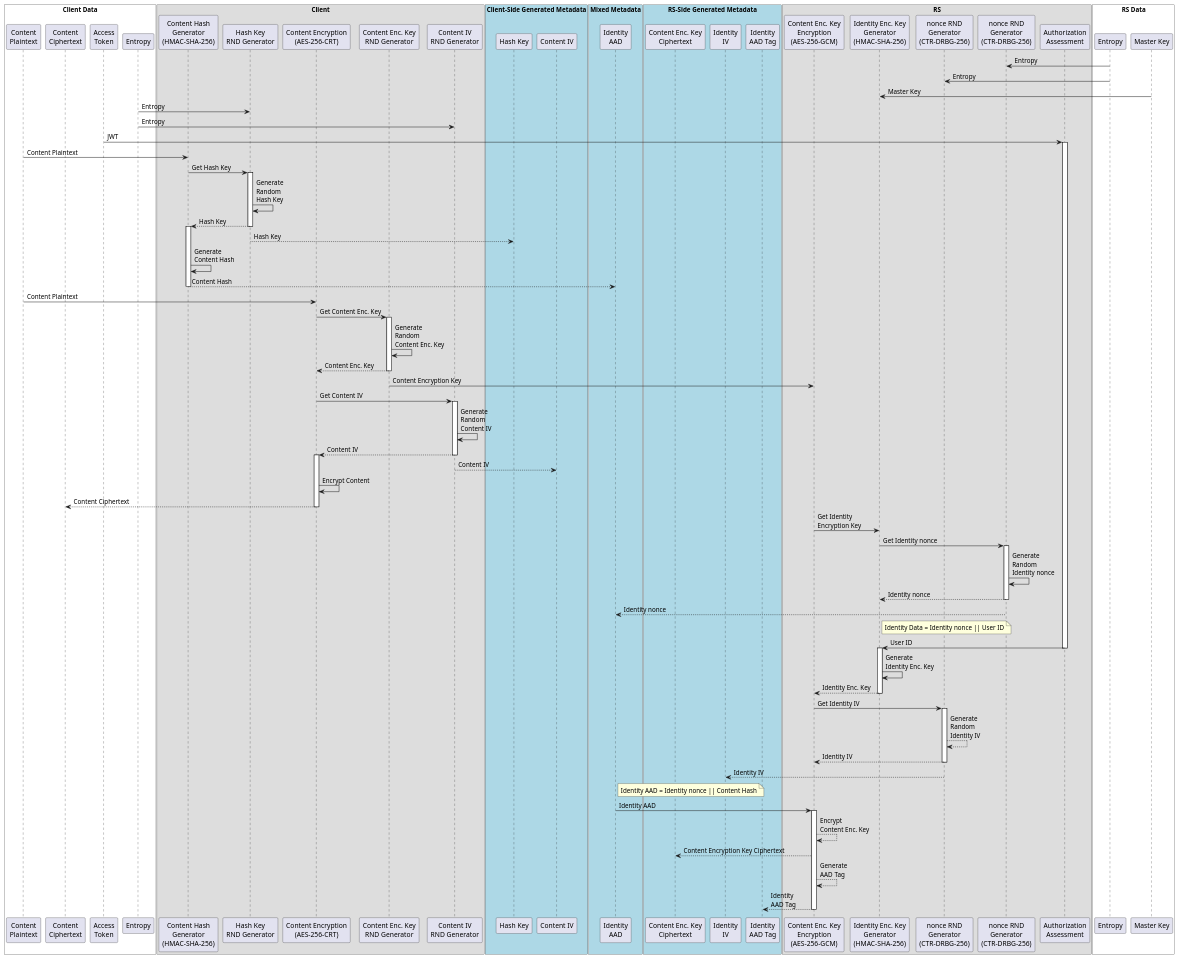
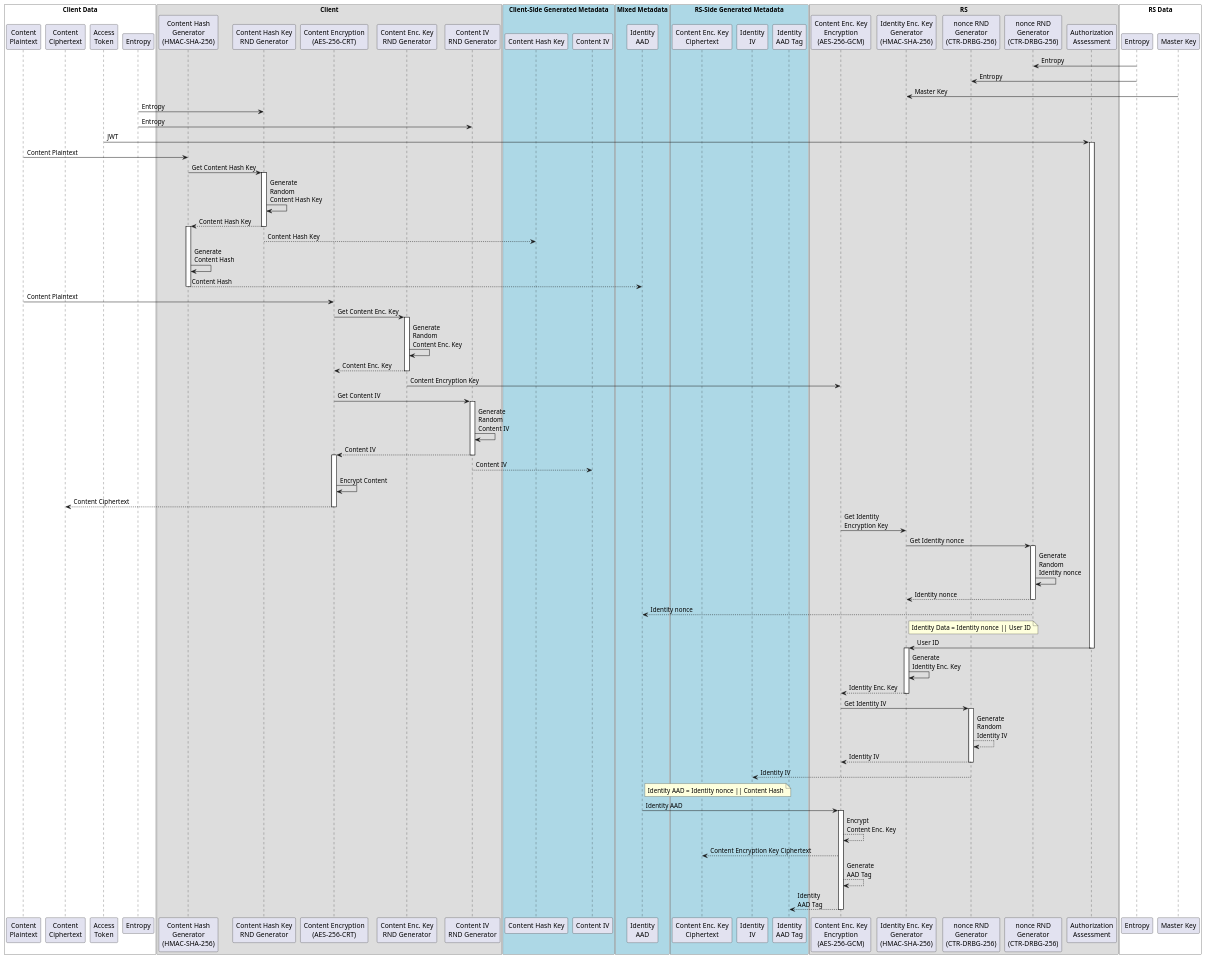
The diagram in docs/ENCRYPTION.md (umalabs/ibe), drawn with PlantUML before and after one commit.

Commit message:
correction

```diff
--- a/docs/ENCRYPTION.md
+++ b/docs/ENCRYPTION.md
@@ -10,7 +10,7 @@
 @startuml
 ' --- Client ---
 participant "Content Hash\nGenerator\n(HMAC-SHA-256)" as HashGen
-participant "Hash Key\nRND Generator" as HashKeyRND
+participant "Content Hash Key\nRND Generator" as HashKeyRND
 participant "Content Encryption\n(AES-256-CRT)" as DataEnc
 participant "Content Enc. Key\nRND Generator" as DataEncKeyRND
 participant "Content IV\nRND Generator" as DataIV_RND
@@ -24,7 +24,7 @@
 participant "Content\nCiphertext" as CipheredDataOutput
 
 ' --- Client-Side Generated Metadata ---
-participant "Hash Key" as HashKeyOutput
+participant "Content Hash Key" as HashKeyOutput
 participant "Content IV" as DataIVOutput
 
 ' --- RS ---
@@ -99,14 +99,14 @@
 
 PlainDataInput -> HashGen: Content Plaintext
 ' --- Content Hash Generation ---
-HashGen -> HashKeyRND: Get Hash Key
+HashGen -> HashKeyRND: Get Content Hash Key
 ' --- Hash Key Generation ---
 activate HashKeyRND
-HashKeyRND -> HashKeyRND: Generate\nRandom\nHash Key
-HashKeyRND --> HashGen: Hash Key
+HashKeyRND -> HashKeyRND: Generate\nRandom\nContent Hash Key
+HashKeyRND --> HashGen: Content Hash Key
 deactivate HashKeyRND
 activate HashGen
-HashKeyRND --> HashKeyOutput: Hash Key
+HashKeyRND --> HashKeyOutput: Content Hash Key
 HashGen -> HashGen: Generate\nContent Hash
 
 ' --- Identity AAD Generation ---
```
